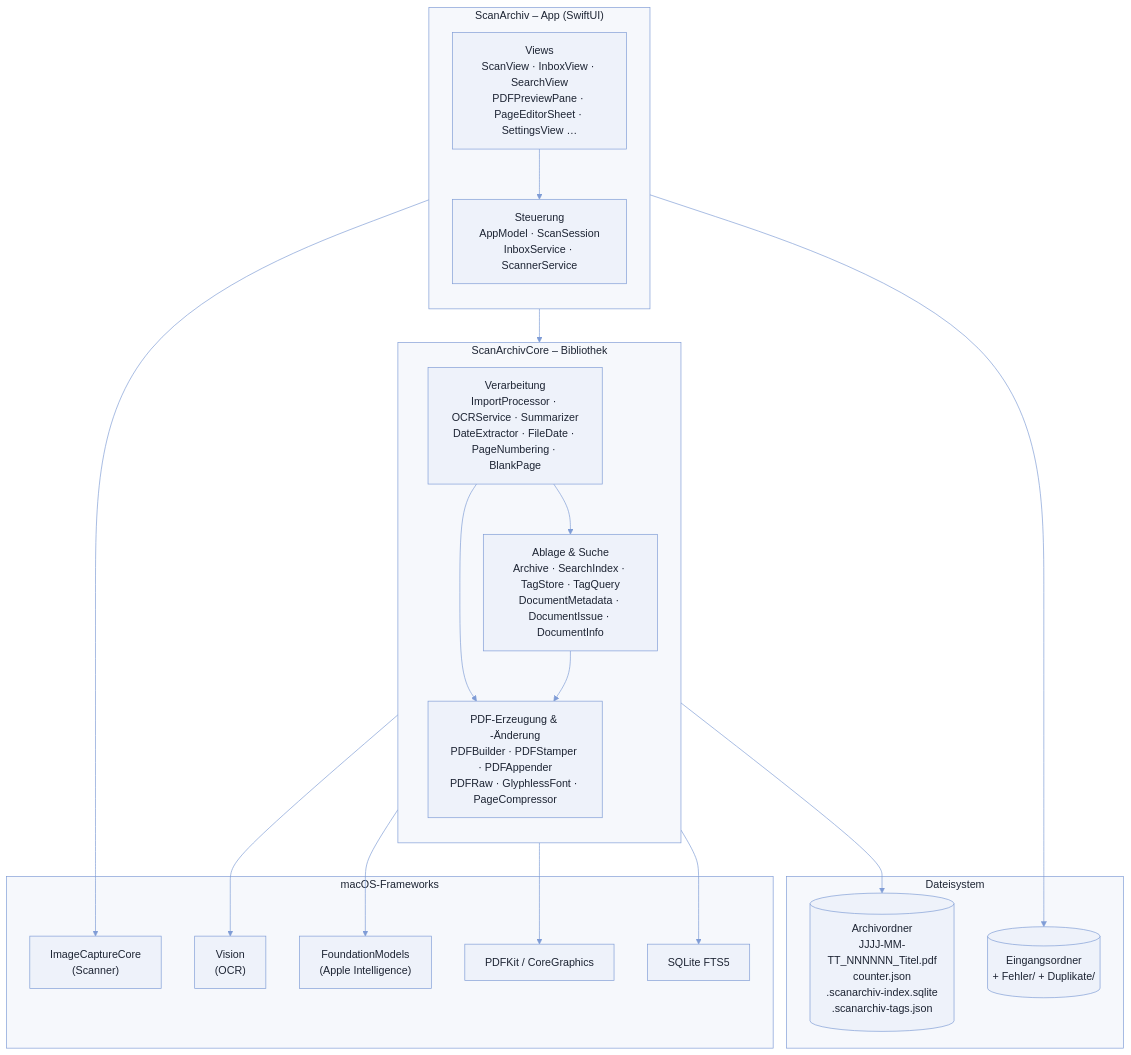
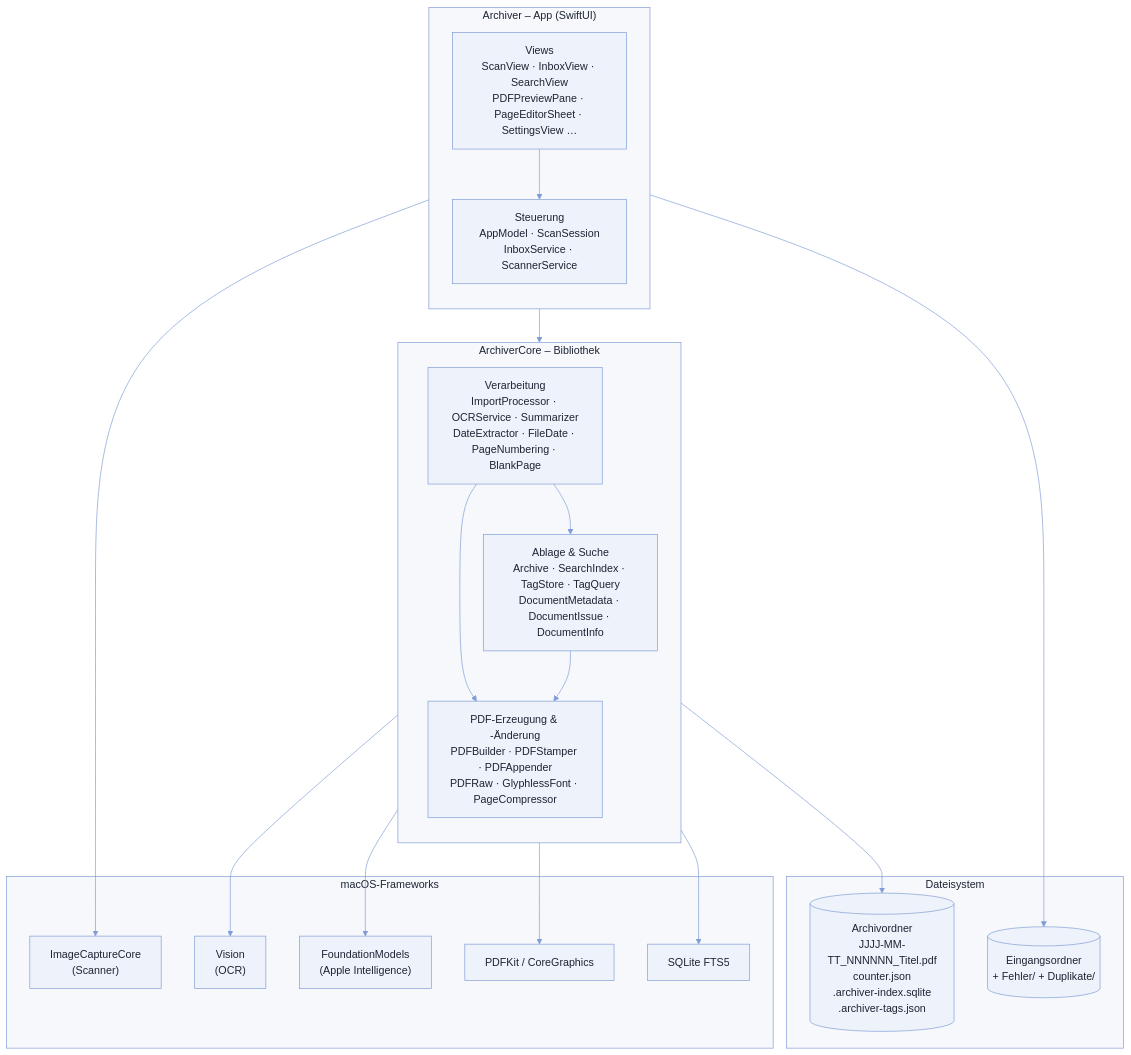
One commit to maziac/the-archiver-src changed the first of 14 diagrams in docs/ARCHITEKTUR.md. Above: the diagram before and after it, drawn with Mermaid. The commit also changed other lines of this file and 128 other files, not shown here.

````diff
--- a/docs/ARCHITEKTUR.md
+++ b/docs/ARCHITEKTUR.md
@@ -25,42 +25,42 @@
 ```mermaid
 %%{init: {"theme": "base", "themeVariables": {"lineColor": "#7f9cd6", "primaryColor": "#eef2fa", "primaryTextColor": "#1d2433", "primaryBorderColor": "#7f9cd6", "secondaryColor": "#f3f0fa", "tertiaryColor": "#f6f8fc", "clusterBkg": "#f6f8fc", "clusterBorder": "#7f9cd6", "titleColor": "#1d2433", "edgeLabelBackground": "#ffffff", "textColor": "#1d2433", "signalColor": "#7f9cd6", "signalTextColor": "#7f9cd6", "actorBkg": "#eef2fa", "actorBorder": "#7f9cd6", "actorTextColor": "#1d2433", "actorLineColor": "#7f9cd6", "labelBoxBkgColor": "#eef2fa", "labelTextColor": "#1d2433", "loopTextColor": "#7f9cd6", "noteBkgColor": "#fff7d6", "noteTextColor": "#1d2433"}, "themeCSS": ".flowchart-link, .messageLine0, .messageLine1, .actor-line { stroke-width: 2px !important; }"}}%%
 flowchart TB
-    subgraph APP["ScanArchiv – App (SwiftUI)"]
+    subgraph APP["Archiver – App (SwiftUI)"]
         direction TB
         Views["Views<br/>ScanView · InboxView · SearchView<br/>PDFPreviewPane · PageEditorSheet · SettingsView …"]
         Controller["Steuerung<br/>AppModel · ScanSession<br/>InboxService · ScannerService"]
         Views --> Controller
     end
 
-    subgraph CORE["ScanArchivCore – Bibliothek"]
+    subgraph CORE["ArchiverCore – Bibliothek"]
         direction TB
         Pipeline["Verarbeitung<br/>ImportProcessor · OCRService · Summarizer<br/>DateExtractor · FileDate · PageNumbering · BlankPage"]
         PDF["PDF-Erzeugung & -Änderung<br/>PDFBuilder · PDFStamper · PDFAppender<br/>PDFRaw · GlyphlessFont · PageCompressor"]
         Store["Ablage & Suche<br/>Archive · SearchIndex · TagStore · TagQuery<br/>DocumentMetadata · DocumentIssue · DocumentInfo"]
         Pipeline --> PDF
         Pipeline --> Store
         Store --> PDF
     end
 
     subgraph APPLE["macOS-Frameworks"]
         ICC["ImageCaptureCore<br/>(Scanner)"]
         Vision["Vision<br/>(OCR)"]
         FM["FoundationModels<br/>(Apple Intelligence)"]
         PDFKit["PDFKit / CoreGraphics"]
         SQLite["SQLite FTS5"]
     end
 
     subgraph FILES["Dateisystem"]
-        ArchiveDir[("Archivordner<br/>JJJJ-MM-TT_NNNNNN_Titel.pdf<br/>counter.json<br/>.scanarchiv-index.sqlite<br/>.scanarchiv-tags.json")]
+        ArchiveDir[("Archivordner<br/>JJJJ-MM-TT_NNNNNN_Titel.pdf<br/>counter.json<br/>.archiver-index.sqlite<br/>.archiver-tags.json")]
         InboxDir[("Eingangsordner<br/>+ Fehler/ + Duplikate/")]
     end
 
     Controller --> CORE
     Controller --> ICC
     Pipeline --> Vision
     Pipeline --> FM
     PDF --> PDFKit
     Store --> SQLite
     Store --> ArchiveDir
     Controller --> InboxDir
 ```
````
